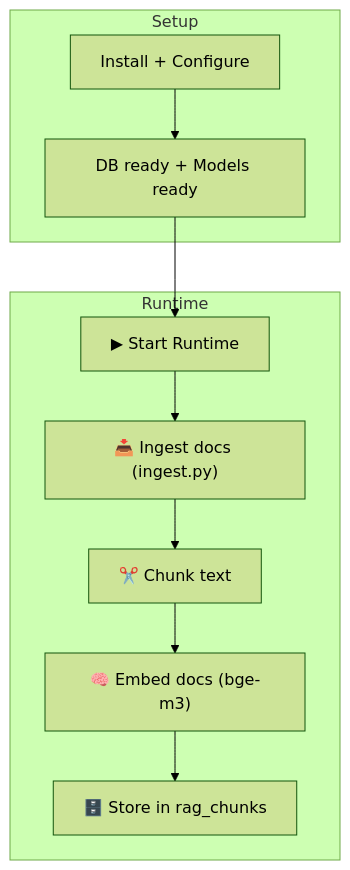
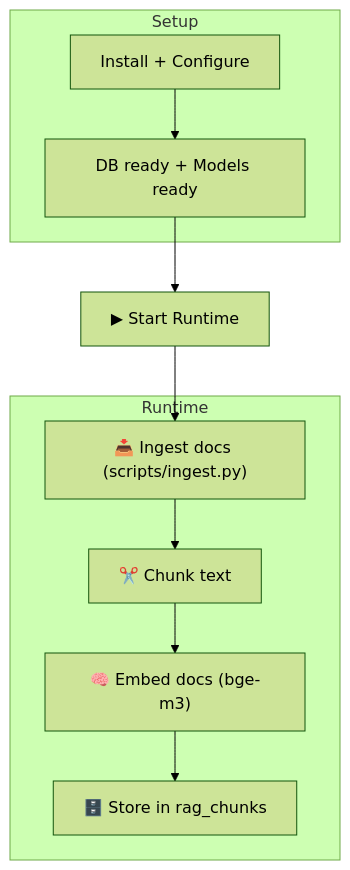
One commit to LauraAva/rag-ollama-set-up changed the first of 3 diagrams in docs/PROCESS_VISUALIZATION_TRIAL.md. Above: the diagram before and after it, drawn with Mermaid (forest theme).

````diff
--- a/docs/PROCESS_VISUALIZATION_TRIAL.md
+++ b/docs/PROCESS_VISUALIZATION_TRIAL.md
@@ -10,16 +10,15 @@
 ```mermaid
 flowchart TD
 
   subgraph Setup["Setup"]
     S1["Install + Configure"] --> S2["DB ready + Models ready"]
   end  
 
   S2 --> R0["▶ Start Runtime"]
 
   subgraph Runtime["Runtime"]
-    R0 --> Ingest["📥 Ingest docs (ingest.py)"]
-    Ingest --> Chunk["✂️ Chunk text"]
-    Chunk --> EmbedDocs["🧠 Embed docs (bge-m3)"]
-    EmbedDocs --> Store["🗄️ Store in rag_chunks"]
+    R1["📥 Ingest docs (scripts/ingest.py)"] --> R2["✂️ Chunk text"] --> R3["🧠 Embed docs (bge-m3)"] --> R4["🗄️ Store in rag_chunks"]
   end
+
+  R0 --> R1
 ```
````
